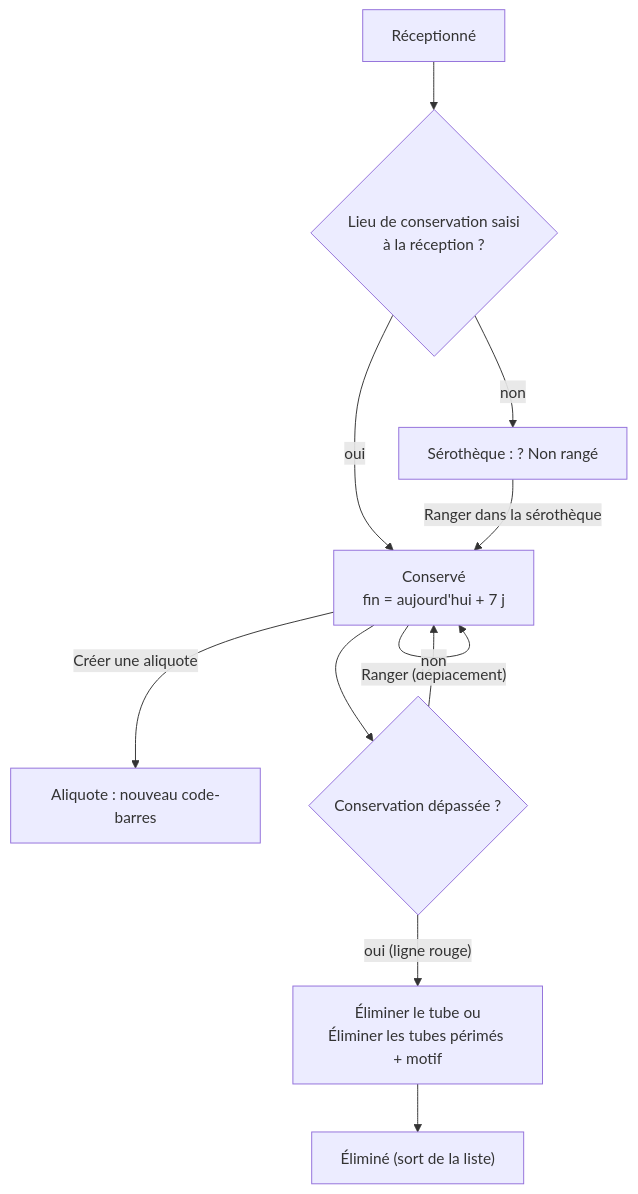
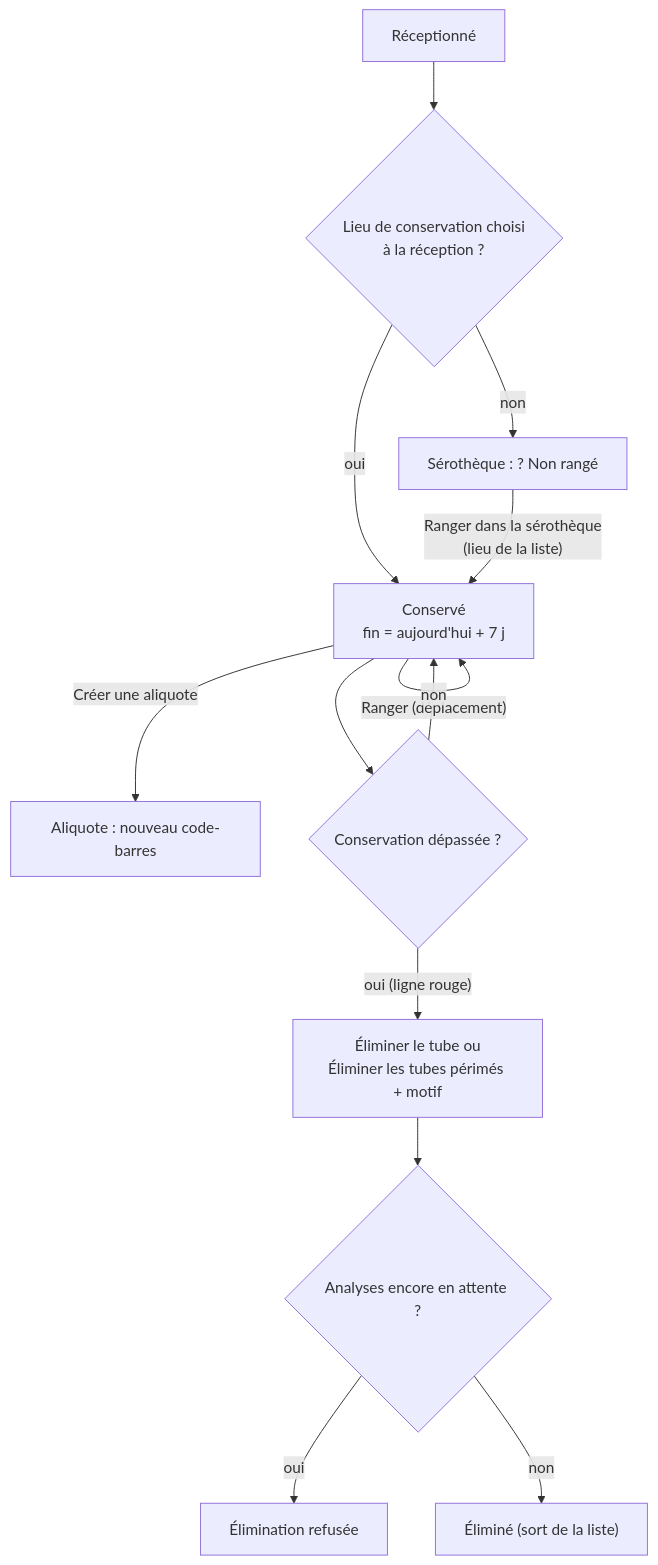
Before and after one commit to J4dJad/MarocLis: the fifth of 7 diagrams in docs/manuel/02-pre-analytique.md, drawn with Mermaid. The commit also changed other lines of this file and 3 other files, not shown here.

````diff
--- a/docs/manuel/02-pre-analytique.md
+++ b/docs/manuel/02-pre-analytique.md
@@ -343,13 +416,15 @@
 ```mermaid
 flowchart TD
-    A["Réceptionné"] --> B{"Lieu de conservation saisi<br/>à la réception ?"}
+    A["Réceptionné"] --> B{"Lieu de conservation choisi<br/>à la réception ?"}
     B -->|"oui"| C["Conservé<br/>fin = aujourd'hui + 7 j"]
     B -->|"non"| D["Sérothèque : ? Non rangé"]
-    D -->|"Ranger dans la sérothèque"| C
+    D -->|"Ranger dans la sérothèque<br/>(lieu de la liste)"| C
     C -->|"Ranger (déplacement)"| C
     C -->|"Créer une aliquote"| E["Aliquote : nouveau code-barres"]
     C --> F{"Conservation dépassée ?"}
     F -->|"non"| C
     F -->|"oui (ligne rouge)"| G["Éliminer le tube ou<br/>Éliminer les tubes périmés + motif"]
-    G --> H["Éliminé (sort de la liste)"]
+    G --> G2{"Analyses encore en attente ?"}
+    G2 -->|"oui"| G3["Élimination refusée"]
+    G2 -->|"non"| H["Éliminé (sort de la liste)"]
 ```
````
